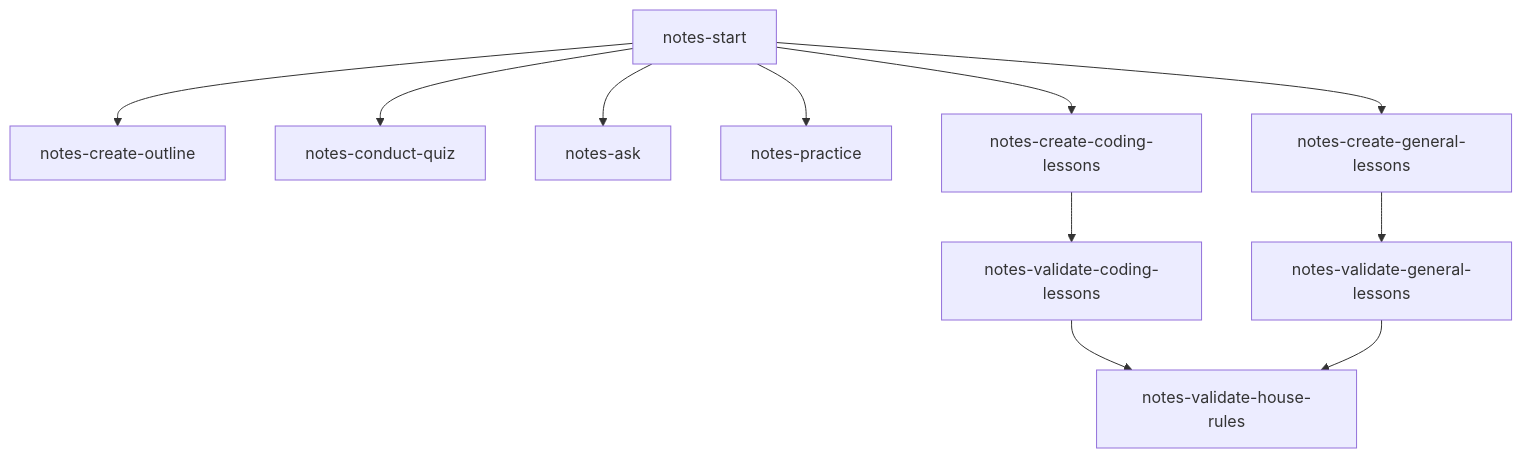
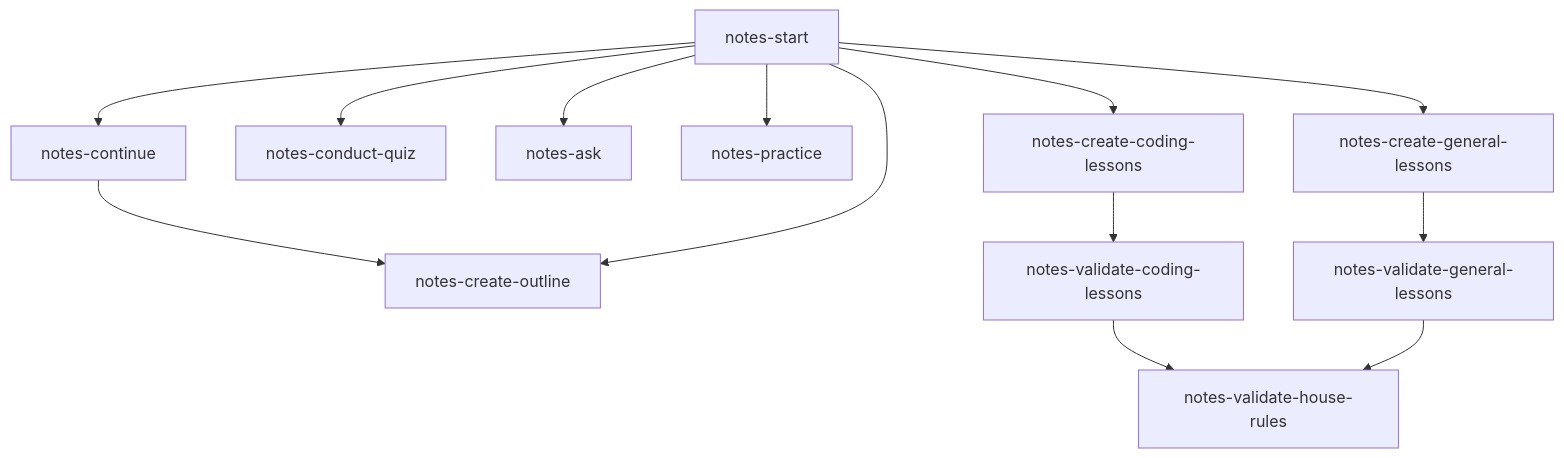
The diagram in README.md (asquilatan/notes-skills), drawn with Mermaid before and after one commit. The commit also changed other lines of this file and 3 other files, not shown here.

Commit message:
feat: add notes-continue context rehydration skill (resolves #13)

````diff
--- a/README.md
+++ b/README.md
@@ -5,24 +5,27 @@
 ```mermaid
 graph TD
     Start["notes-start"]
+    Continue["notes-continue"]
     Outline["notes-create-outline"]
     Quiz["notes-conduct-quiz"]
     Ask["notes-ask"]
     Practice["notes-practice"]
     CodingLessons["notes-create-coding-lessons"]
     GeneralLessons["notes-create-general-lessons"]
     ValidateCode["notes-validate-coding-lessons"]
     ValidateGeneral["notes-validate-general-lessons"]
     HouseRules["notes-validate-house-rules"]
 
+    Start --> Continue
+    Continue --> Outline
     Start --> Outline
     Start --> Quiz
     Start --> Ask
     Start --> Practice
     Start --> CodingLessons
     Start --> GeneralLessons
     CodingLessons --> ValidateCode
     GeneralLessons --> ValidateGeneral
     ValidateCode --> HouseRules
     ValidateGeneral --> HouseRules
 ```
````
